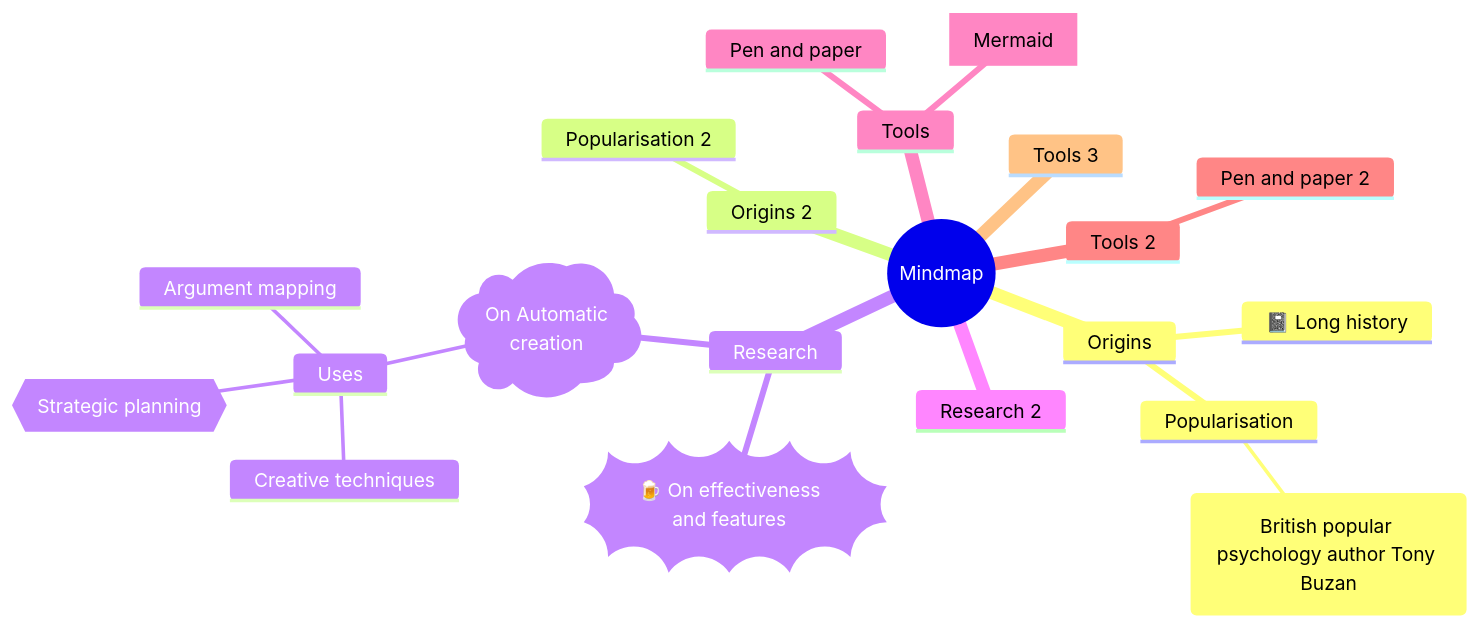
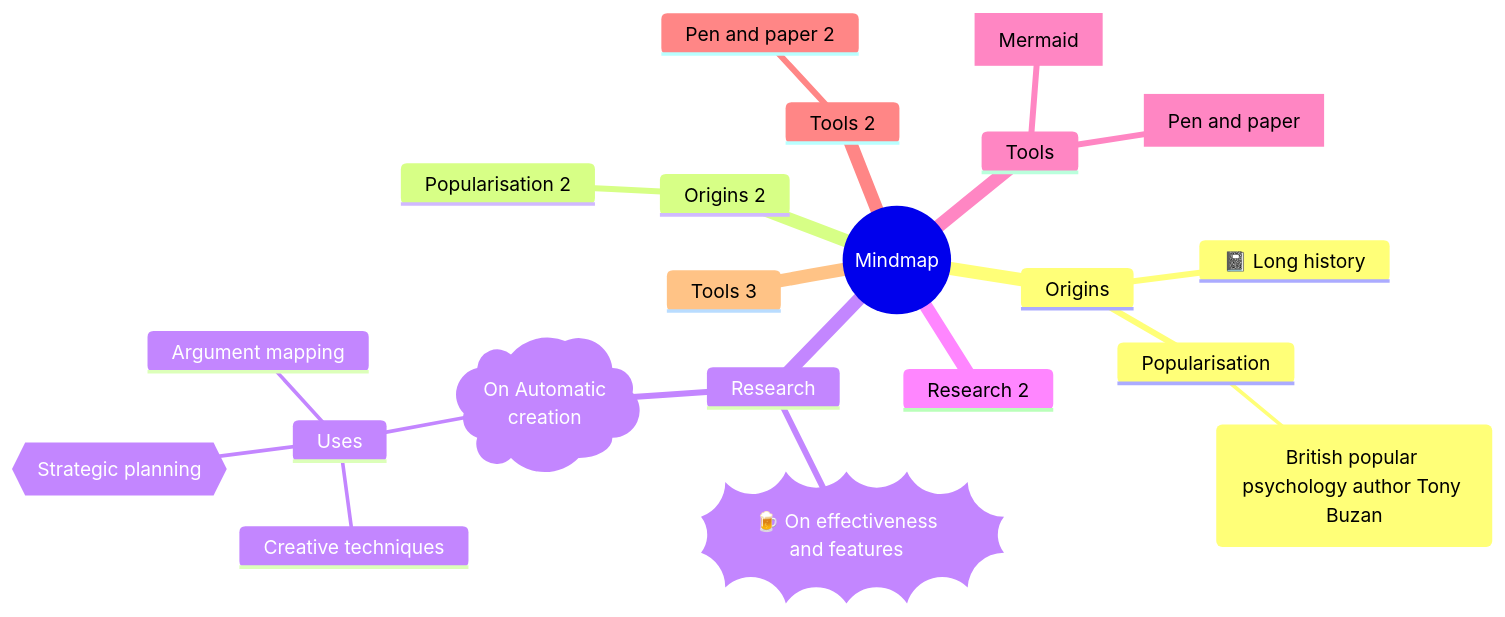
Before and after one commit to MadMaxChow/VLOOK: diagram 21 of 29 in released/demo/chart.md, drawn with Mermaid. The commit also changed other lines of this file and 79 other files, not shown here.

````diff
--- a/released/demo/chart.md
+++ b/released/demo/chart.md
@@ -1212,24 +1284,24 @@
 ```mermaid
 mindmap
   root((Mindmap))
     Origins
       📓 Long history
       Popularisation
         (British popular psychology author Tony Buzan)
     Origins 2
       Popularisation 2
     Research
       ))🍺 On effectiveness<br/>and features((
       )On Automatic<br>creation(
         Uses
             Creative techniques
             {{Strategic planning}}
             Argument mapping
     Research 2
     Tools
-      Pen and paper
+      [Pen and paper]
       [Mermaid]
     Tools 2
       Pen and paper 2
     Tools 3
 ```
````
